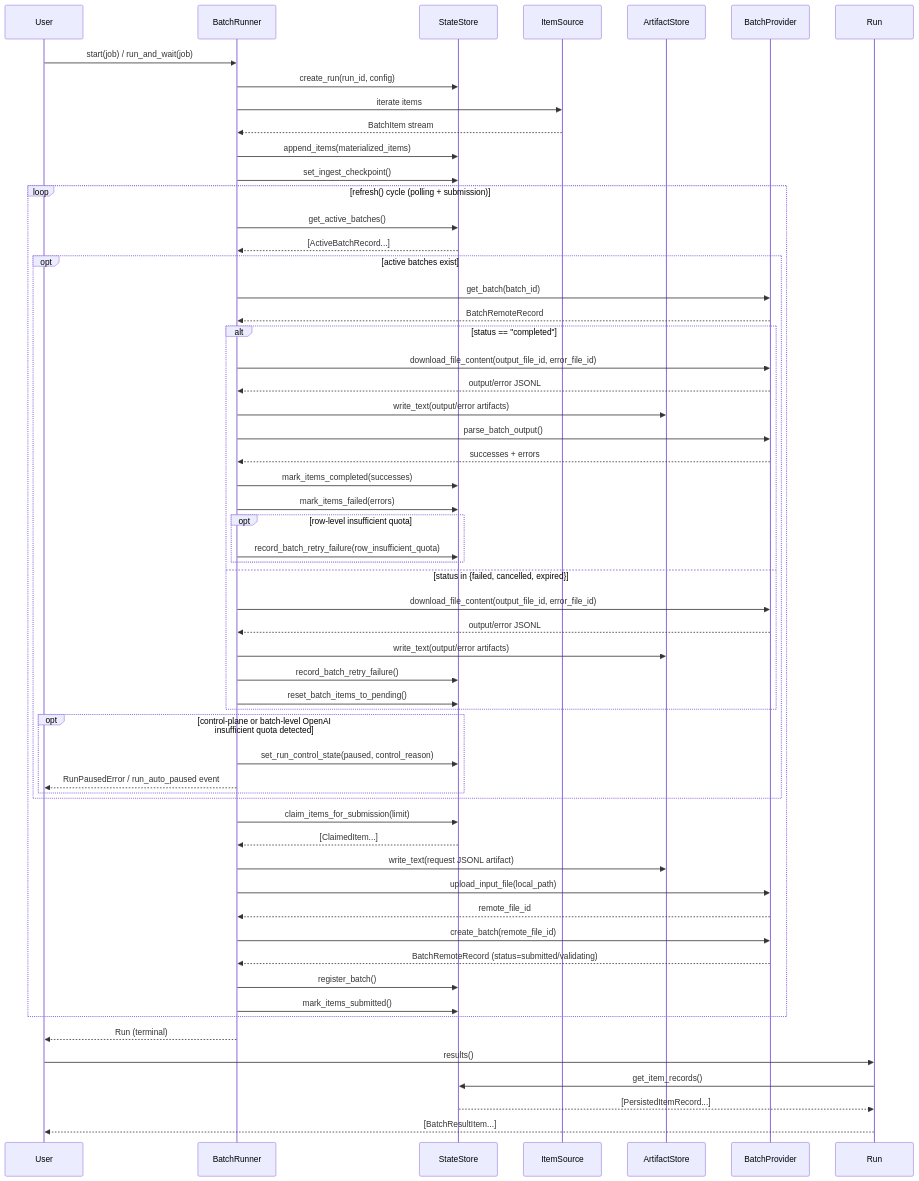
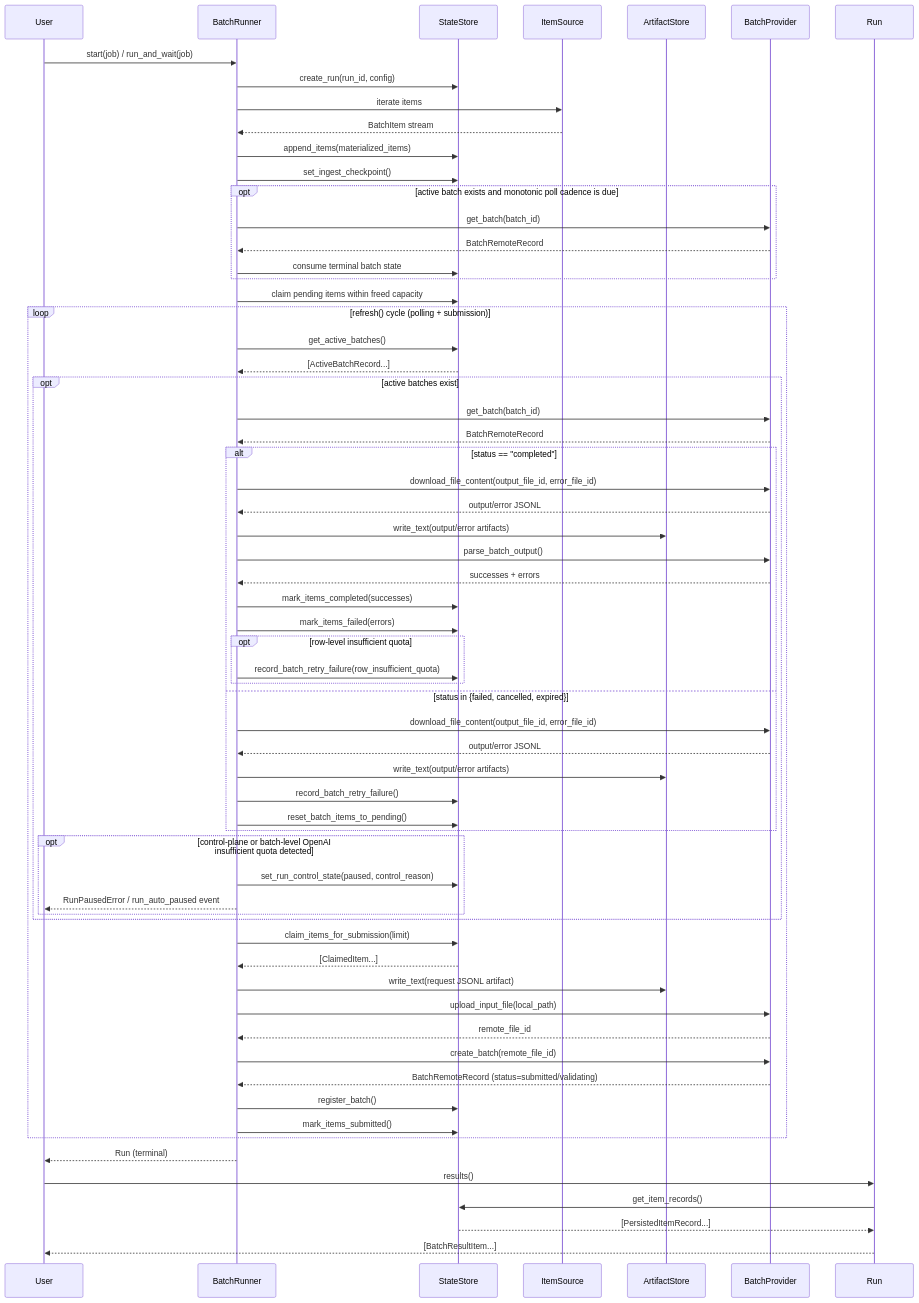
Before and after one commit to AnsonDev42/batchor: the second of 4 diagrams in docs/design_docs/ARCHITECTURE.md, drawn with Mermaid. The commit also changed other lines of this file and 10 other files, not shown here.

````diff
--- a/docs/design_docs/ARCHITECTURE.md
+++ b/docs/design_docs/ARCHITECTURE.md
@@ -160,66 +163,74 @@
 ```mermaid
 sequenceDiagram
     participant User
     participant BatchRunner
     participant StateStore
     participant ItemSource
     participant ArtifactStore
     participant Provider as BatchProvider
 
     User->>BatchRunner: start(job) / run_and_wait(job)
     BatchRunner->>StateStore: create_run(run_id, config)
     BatchRunner->>ItemSource: iterate items
     ItemSource-->>BatchRunner: BatchItem stream
     BatchRunner->>StateStore: append_items(materialized_items)
     BatchRunner->>StateStore: set_ingest_checkpoint()
+
+    opt active batch exists and monotonic poll cadence is due
+        BatchRunner->>Provider: get_batch(batch_id)
+        Provider-->>BatchRunner: BatchRemoteRecord
+        BatchRunner->>StateStore: consume terminal batch state
+    end
+
+    BatchRunner->>StateStore: claim pending items within freed capacity
 
     loop refresh() cycle (polling + submission)
         BatchRunner->>StateStore: get_active_batches()
         StateStore-->>BatchRunner: [ActiveBatchRecord...]
 
         opt active batches exist
             BatchRunner->>Provider: get_batch(batch_id)
             Provider-->>BatchRunner: BatchRemoteRecord
 
             alt status == "completed"
                 BatchRunner->>Provider: download_file_content(output_file_id, error_file_id)
                 Provider-->>BatchRunner: output/error JSONL
                 BatchRunner->>ArtifactStore: write_text(output/error artifacts)
                 BatchRunner->>Provider: parse_batch_output()
                 Provider-->>BatchRunner: successes + errors
                 BatchRunner->>StateStore: mark_items_completed(successes)
                 BatchRunner->>StateStore: mark_items_failed(errors)
                 opt row-level insufficient quota
                     BatchRunner->>StateStore: record_batch_retry_failure(row_insufficient_quota)
                 end
             else status in {failed, cancelled, expired}
                 BatchRunner->>Provider: download_file_content(output_file_id, error_file_id)
                 Provider-->>BatchRunner: output/error JSONL
                 BatchRunner->>ArtifactStore: write_text(output/error artifacts)
                 BatchRunner->>StateStore: record_batch_retry_failure()
                 BatchRunner->>StateStore: reset_batch_items_to_pending()
             end
 
             opt control-plane or batch-level OpenAI insufficient quota detected
                 BatchRunner->>StateStore: set_run_control_state(paused, control_reason)
                 BatchRunner-->>User: RunPausedError / run_auto_paused event
             end
         end
 
         BatchRunner->>StateStore: claim_items_for_submission(limit)
         StateStore-->>BatchRunner: [ClaimedItem...]
         BatchRunner->>ArtifactStore: write_text(request JSONL artifact)
         BatchRunner->>Provider: upload_input_file(local_path)
         Provider-->>BatchRunner: remote_file_id
         BatchRunner->>Provider: create_batch(remote_file_id)
         Provider-->>BatchRunner: BatchRemoteRecord (status=submitted/validating)
         BatchRunner->>StateStore: register_batch()
         BatchRunner->>StateStore: mark_items_submitted()
     end
 
     BatchRunner-->>User: Run (terminal)
     User->>Run: results()
     Run->>StateStore: get_item_records()
     StateStore-->>Run: [PersistedItemRecord...]
     Run-->>User: [BatchResultItem...]
 ```
````
